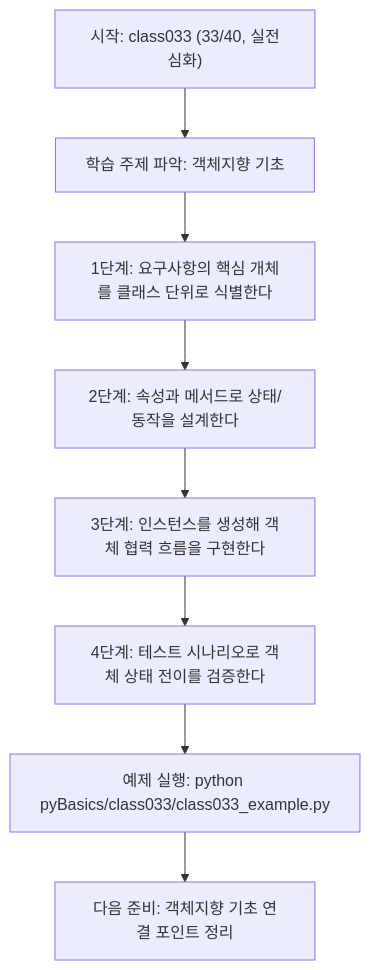
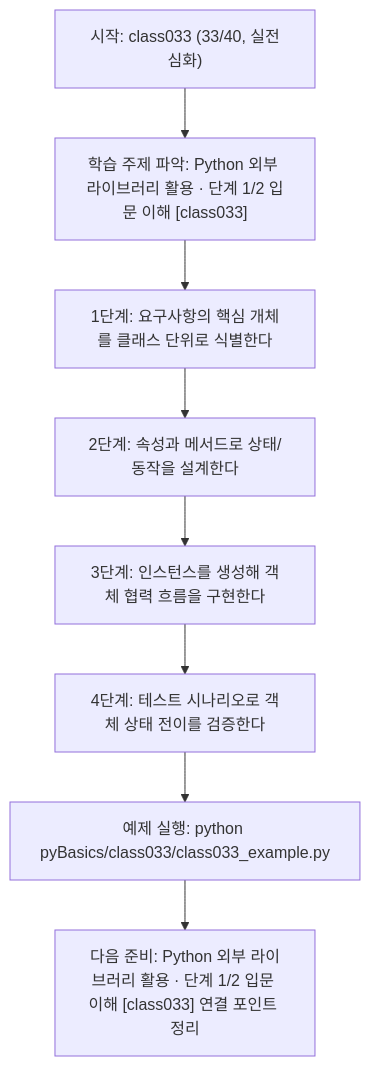
One commit to edumgt/Python-AI_Agent-Class changed the diagram in pyBasics/class033/class033.md. Above: the diagram before and after it, drawn with Mermaid. The commit also changed other lines of this file and 522 other files, not shown here.

````diff
--- a/pyBasics/class033/class033.md
+++ b/pyBasics/class033/class033.md
@@ -108,18 +108,18 @@
 ```mermaid
 flowchart TD
 N1["시작: class033 (33/40, 실전심화)"]
-N2["학습 주제 파악: 객체지향 기초"]
+N2["학습 주제 파악: Python 외부 라이브러리 활용 · 단계 1/2 입문 이해 [class033]"]
 N3["1단계: 요구사항의 핵심 개체를 클래스 단위로 식별한다"]
 N4["2단계: 속성과 메서드로 상태/동작을 설계한다"]
 N5["3단계: 인스턴스를 생성해 객체 협력 흐름을 구현한다"]
 N6["4단계: 테스트 시나리오로 객체 상태 전이를 검증한다"]
 N7["예제 실행: python pyBasics/class033/class033_example.py"]
-N8["다음 준비: 객체지향 기초 연결 포인트 정리"]
+N8["다음 준비: Python 외부 라이브러리 활용 · 단계 1/2 입문 이해 [class033] 연결 포인트 정리"]
 N1 --> N2
 N2 --> N3
 N3 --> N4
 N4 --> N5
 N5 --> N6
 N6 --> N7
 N7 --> N8
 ```
````
